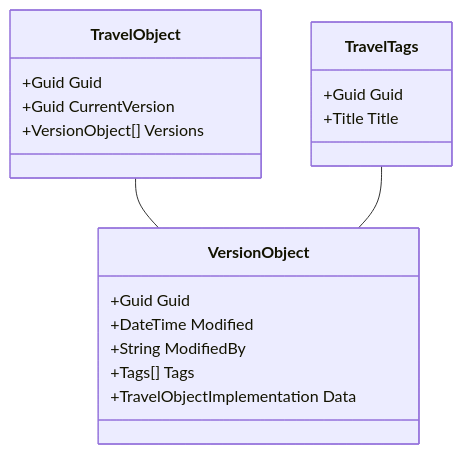
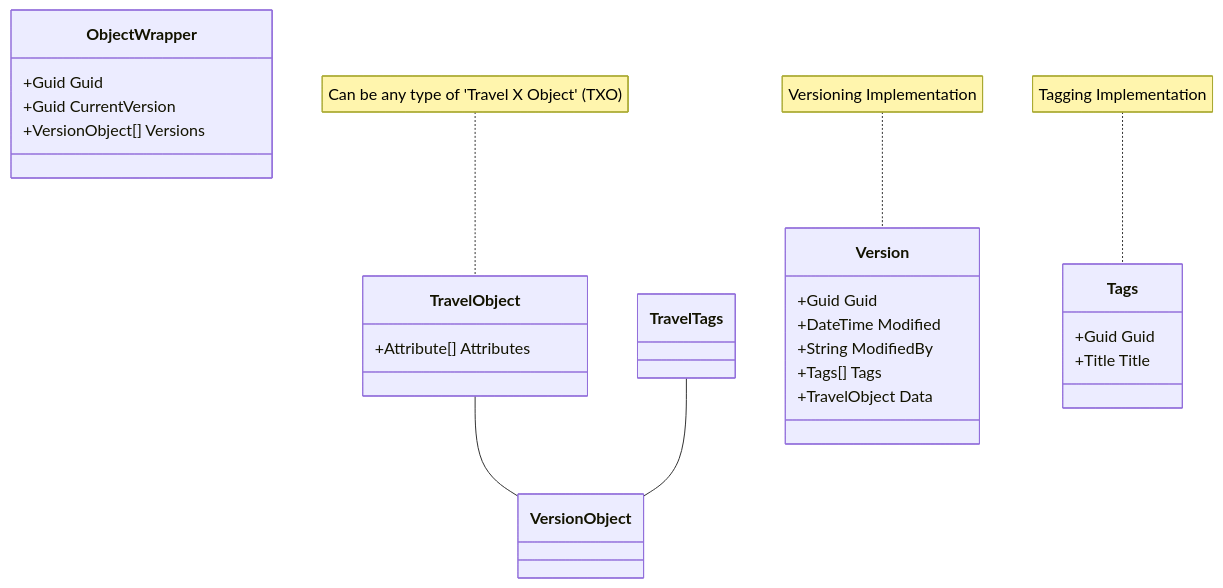
Before and after one commit to OSSTRA/TXDM: the diagram in Travel Object TO.md, drawn with Mermaid.

Commit message:
Update Travel Object TO.md

````diff
--- a/Travel Object TO.md
+++ b/Travel Object TO.md
@@ -14,21 +14,27 @@
 ```mermaid
 classDiagram
 TravelObject -- VersionObject
 TravelTags -- VersionObject
-    class TravelObject{
+    class ObjectWrapper{
       +Guid Guid
       +Guid CurrentVersion
       +VersionObject[] Versions
     }
-    class VersionObject{
+    class Version{
       +Guid Guid
       +DateTime Modified
       +String ModifiedBy
       +Tags[] Tags
-      +TravelObjectImplementation Data
+      +TravelObject Data
     }
-    class TravelTags{
+    class Tags{
         +Guid Guid
         +Title Title
     }
+    class TravelObject{
+        +Attribute[] Attributes
+    }
+    note for Version "Versioning Implementation"
+    note for Tags "Tagging Implementation"
+    note for TravelObject "Can be any type of 'Travel X Object' (TXO)"
 ```
````
